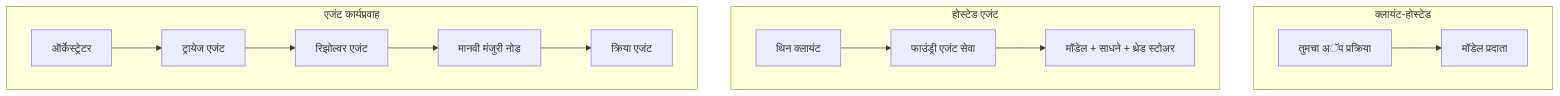
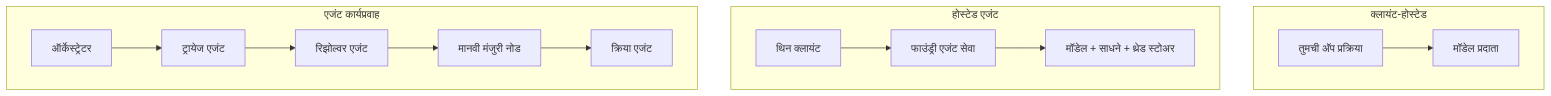
Before and after one commit to gabrielmoreira/agent-skills-mirror: the first of 4 diagrams in mirrors/repos/microsoft@ai-agents-for-beginners/translations/mr/16-deploying-scalable-agents/README.md, drawn with Mermaid. The commit also changed other lines of this file and 3581 other files, not shown here.

````diff
--- a/mirrors/repos/microsoft@ai-agents-for-beginners/translations/mr/16-deploying-scalable-agents/README.md
+++ b/mirrors/repos/microsoft@ai-agents-for-beginners/translations/mr/16-deploying-scalable-agents/README.md
@@ -87,16 +87,16 @@
 ```mermaid
 flowchart TB
     subgraph P1[क्लायंट-होस्टेड]
-        A1[तुमचा अॅप प्रक्रिया] --> M1[मॉडेल प्रदाता]
+        A1[तुमची अ‍ॅप प्रक्रिया] --> M1[मॉडेल प्रदाता]
     end
     subgraph P2[होस्टेड एजंट]
         A2[थिन क्लायंट] --> F2[फाउंड्री एजंट सेवा]
         F2 --> M2[मॉडेल + साधने + थ्रेड स्टोअर]
     end
     subgraph P3[एजंट कार्यप्रवाह]
         A3[ऑर्केस्ट्रेटर] --> S1[ट्रायेज एजंट]
         S1 --> S2[रिझोल्वर एजंट]
         S2 --> H[मानवी मंजुरी नोड]
         H --> S3[क्रिया एजंट]
     end
 ```
````
